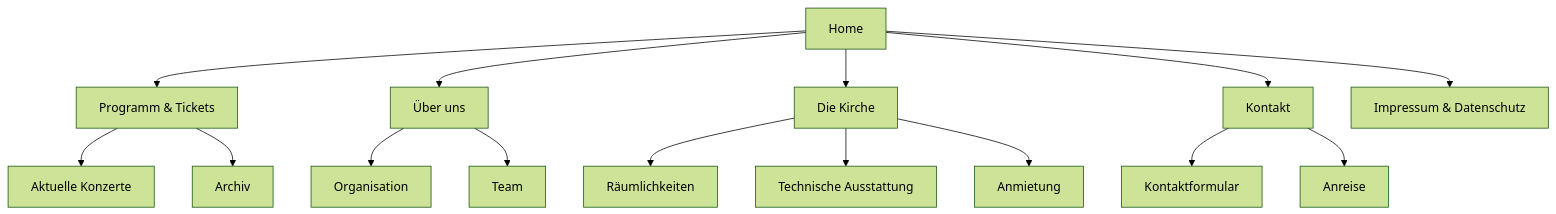
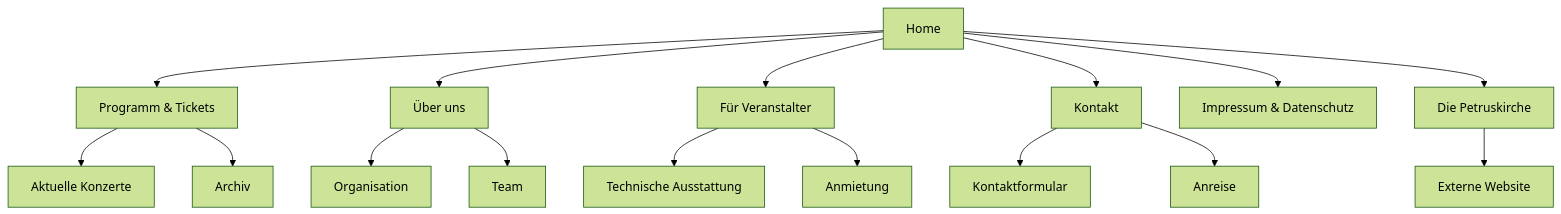
One commit to akg-kiel/web-konzerte changed the first of 3 diagrams in SITE_ARCHITECTURE.md. Above: the diagram before and after it, drawn with Mermaid (forest theme). The commit also changed other lines of this file, not shown here.

Commit message:
AKG-16: Update architecture - move church to external link, reorganize for event hosts

````diff
--- a/SITE_ARCHITECTURE.md
+++ b/SITE_ARCHITECTURE.md
@@ -33,17 +33,18 @@
 ```mermaid
 graph TD
     A[Home] --> B[Programm & Tickets]
     A --> C[Über uns]
-    A --> D[Die Kirche]
+    A --> D[Für Veranstalter]
     A --> E[Kontakt]
     B --> F[Aktuelle Konzerte]
     B --> G[Archiv]
     C --> H[Organisation]
     C --> I[Team]
-    D --> J[Räumlichkeiten]
-    D --> K[Technische Ausstattung]
-    D --> L[Anmietung]
-    E --> M[Kontaktformular]
-    E --> N[Anreise]
-    A --> O[Impressum & Datenschutz]
+    D --> J[Technische Ausstattung]
+    D --> K[Anmietung]
+    E --> L[Kontaktformular]
+    E --> M[Anreise]
+    A --> N[Impressum & Datenschutz]
+    A --> O[Die Petruskirche]
+    O --> P[Externe Website]
 ```
````
